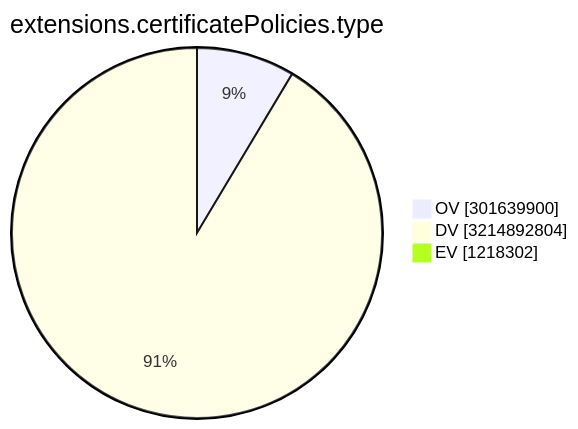
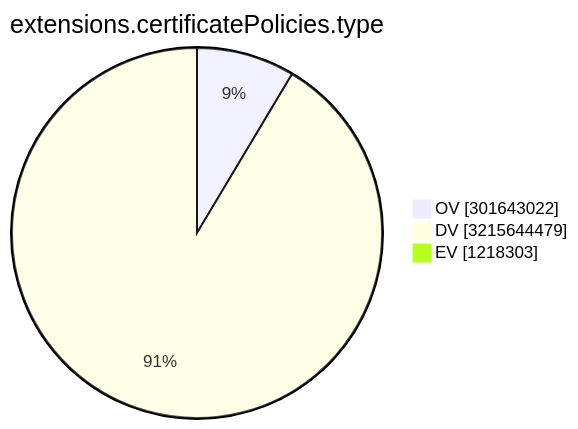
The ninth of 15 diagrams in TOTAL/README.md (christiankrug/ctmonitor_visualization), drawn with Mermaid before and after one commit. The commit also changed other lines of this file, not shown here.

````diff
--- a/TOTAL/README.md
+++ b/TOTAL/README.md
@@ -3106,7 +3106,7 @@
 ```mermaid
 pie showData
 title extensions.certificatePolicies.type
-"OV" :301639900
-"DV" :3214892804
-"EV" :1218302
+"OV" :301643022
+"DV" :3215644479
+"EV" :1218303
 ```
````
